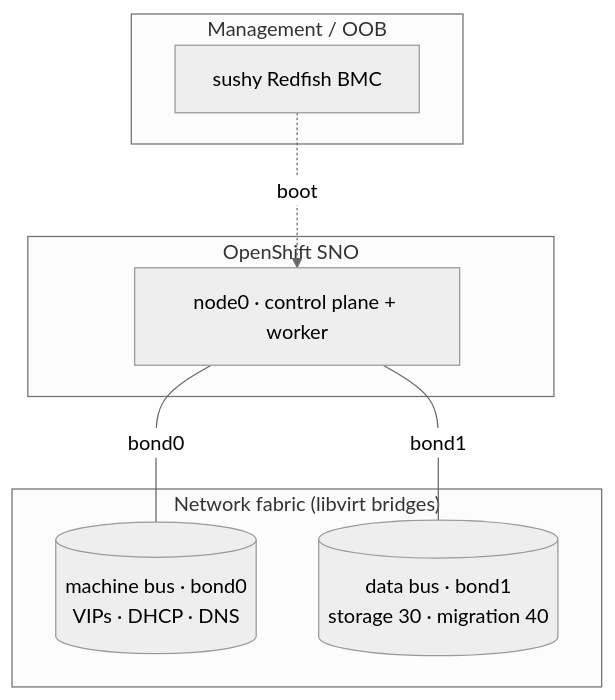
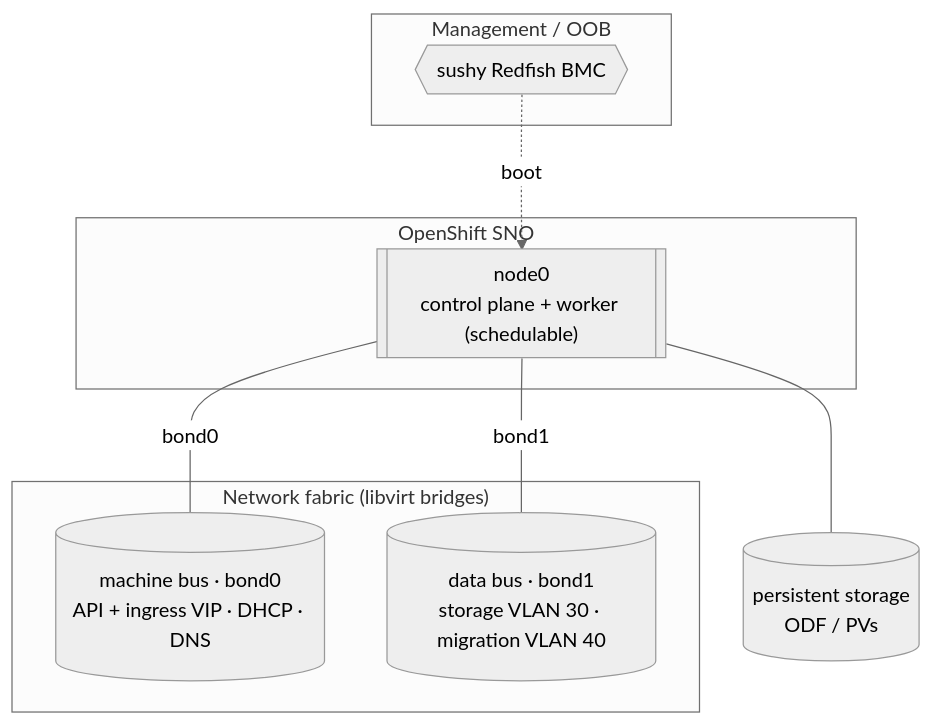
Before and after one commit to maci0/vmetal-openshift: the fifth of 10 diagrams in docs/architecture.md, drawn with Mermaid (neutral theme). The commit also changed other lines of this file and 13 other files, not shown here.

First line of the commit message:
docs: RH-style reference-architecture topology diagrams + programmatic render

````diff
--- a/docs/architecture.md
+++ b/docs/architecture.md
@@ -218,16 +222,18 @@
 ```mermaid
 flowchart TB
   subgraph mgmt["Management / OOB"]
-    sushy["sushy Redfish BMC"]
+    sushy{{"sushy Redfish BMC"}}
   end
   subgraph cluster["OpenShift SNO"]
-    n0["node0 · control plane + worker"]
+    n0[["node0<br/>control plane + worker (schedulable)"]]
   end
   subgraph fabric["Network fabric (libvirt bridges)"]
-    mach[("machine bus · bond0<br/>VIPs · DHCP · DNS")]
-    data[("data bus · bond1<br/>storage 30 · migration 40")]
+    mach[("machine bus · bond0<br/>API + ingress VIP · DHCP · DNS")]
+    data[("data bus · bond1<br/>storage VLAN 30 · migration VLAN 40")]
   end
+  store[("persistent storage<br/>ODF / PVs")]
   sushy -. boot .-> n0
   n0 -- bond0 --- mach
   n0 -- bond1 --- data
+  n0 --- store
 ```
````
